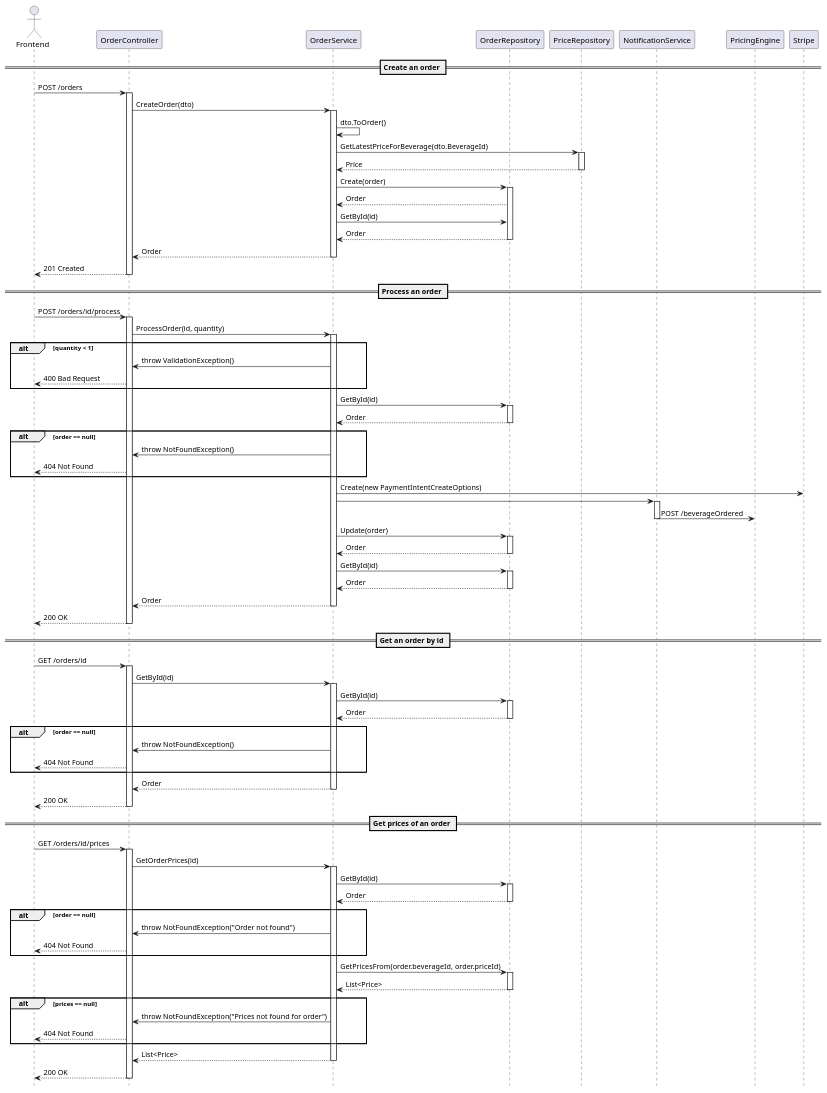
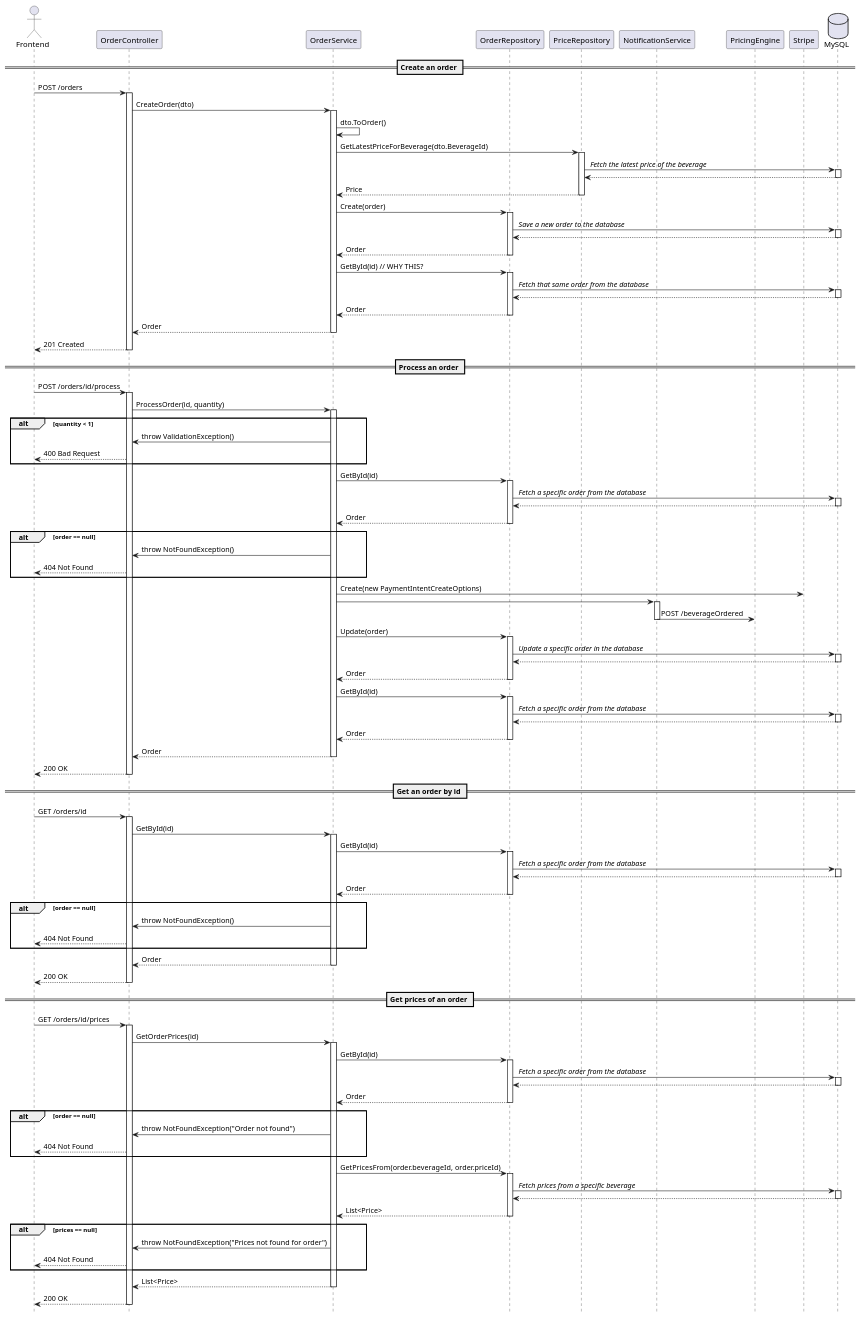
The diagram in diagrams/bevpayapi_order_sqdiagram.puml (nohns/semesterproject4), drawn with PlantUML before and after one commit. The commit also changed 2 other files, not shown here.

Commit message:
added database and calls as well misc changes

```diff
--- a/diagrams/bevpayapi_order_sqdiagram.puml
+++ b/diagrams/bevpayapi_order_sqdiagram.puml
@@ -1,123 +1,162 @@
 @startuml bevpayapi
 Actor Frontend as frontend
 participant OrderController as ordercontroller
 participant OrderService as orderserv
 participant OrderRepository as orderrepo
 participant PriceRepository as pricerepo
 participant NotificationService as notifserv
 participant PricingEngine as pricingengine
 participant Stripe as stripe
+database MySQL as database
 
 == Create an order == 
 
 frontend -> ordercontroller: POST /orders
 activate ordercontroller
 ordercontroller -> orderserv: CreateOrder(dto)
 activate orderserv
 orderserv -> orderserv: dto.ToOrder()
 orderserv -> pricerepo: GetLatestPriceForBeverage(dto.BeverageId)
 activate pricerepo
+pricerepo -> database: // Fetch the latest price of the beverage //
+activate database
+database --> pricerepo
+deactivate database
 pricerepo --> orderserv: Price
 deactivate pricerepo
 orderserv -> orderrepo: Create(order)
 activate orderrepo
+orderrepo -> database: // Save a new order to the database //
+activate database
+database --> orderrepo
+deactivate database
 orderrepo --> orderserv: Order
-orderserv -> orderrepo: GetById(id)
+deactivate orderrepo
+orderserv -> orderrepo: GetById(id) // WHY THIS?
+activate orderrepo
+orderrepo -> database: // Fetch that same order from the database //
+activate database
+database --> orderrepo
+deactivate database
 orderrepo --> orderserv: Order
 deactivate orderrepo
 orderserv --> ordercontroller: Order
 deactivate orderserv
 ordercontroller --> frontend: 201 Created
 deactivate ordercontroller
 
 hide footbox
 
 == Process an order == 
 
 frontend -> ordercontroller: POST /orders/id/process
 activate ordercontroller
 ordercontroller -> orderserv: ProcessOrder(id, quantity)
 activate orderserv
 alt quantity < 1
 orderserv -> ordercontroller: throw ValidationException()
 ordercontroller --> frontend: 400 Bad Request
 end
 orderserv -> orderrepo: GetById(id)
 activate orderrepo
+orderrepo -> database: // Fetch a specific order from the database //
+activate database
+database --> orderrepo
+deactivate database
 orderrepo --> orderserv: Order
 deactivate orderrepo
 alt order == null
 orderserv -> ordercontroller: throw NotFoundException()
 ordercontroller --> frontend: 404 Not Found
 end
 orderserv -> stripe: Create(new PaymentIntentCreateOptions)
 orderserv -> notifserv:
 activate notifserv
 notifserv -> pricingengine: POST /beverageOrdered
 deactivate notifserv
 orderserv -> orderrepo: Update(order)
 activate orderrepo
+orderrepo -> database: // Update a specific order in the database //
+activate database
+database --> orderrepo
+deactivate database
 orderrepo --> orderserv: Order
 deactivate orderrepo
 orderserv -> orderrepo: GetById(id)
 activate orderrepo
+orderrepo -> database: // Fetch a specific order from the database //
+activate database
+database --> orderrepo
+deactivate database
 orderrepo --> orderserv: Order
 deactivate orderrepo
 orderserv --> ordercontroller: Order
 deactivate orderserv
 ordercontroller --> frontend: 200 OK
 deactivate ordercontroller
 
 == Get an order by id ==
 
 frontend -> ordercontroller: GET /orders/id
 activate ordercontroller
 ordercontroller -> orderserv: GetById(id)
 activate orderserv
 orderserv -> orderrepo: GetById(id)
 activate orderrepo
+orderrepo -> database: // Fetch a specific order from the database //
+activate database
+database --> orderrepo
+deactivate database
 orderrepo --> orderserv: Order
 deactivate orderrepo
 alt order == null
 orderserv -> ordercontroller: throw NotFoundException()
 ordercontroller --> frontend: 404 Not Found
 end
 orderserv --> ordercontroller: Order
 deactivate orderserv
 ordercontroller --> frontend: 200 OK
 deactivate ordercontroller
 
 == Get prices of an order ==
 
 frontend -> ordercontroller: GET /orders/id/prices
 activate ordercontroller
 ordercontroller -> orderserv: GetOrderPrices(id)
 activate orderserv
 orderserv -> orderrepo: GetById(id)
 activate orderrepo
+orderrepo -> database: // Fetch a specific order from the database //
+activate database
+database --> orderrepo
+deactivate database
 orderrepo --> orderserv: Order
 deactivate orderrepo
 alt order == null
 orderserv -> ordercontroller: throw NotFoundException("Order not found")
 ordercontroller --> frontend: 404 Not Found
 end
 orderserv -> orderrepo: GetPricesFrom(order.beverageId, order.priceId)
 activate orderrepo
+orderrepo -> database: // Fetch prices from a specific beverage //
+activate database
+database --> orderrepo
+deactivate database
 orderrepo --> orderserv: List<Price>
 deactivate orderrepo
 alt prices == null
 orderserv -> ordercontroller: throw NotFoundException("Prices not found for order")
 ordercontroller --> frontend: 404 Not Found
 end
 orderserv --> ordercontroller: List<Price>
 deactivate orderserv
 ordercontroller --> frontend: 200 OK
 deactivate ordercontroller
 
 
 
 
 
 
 
 @enduml
```
